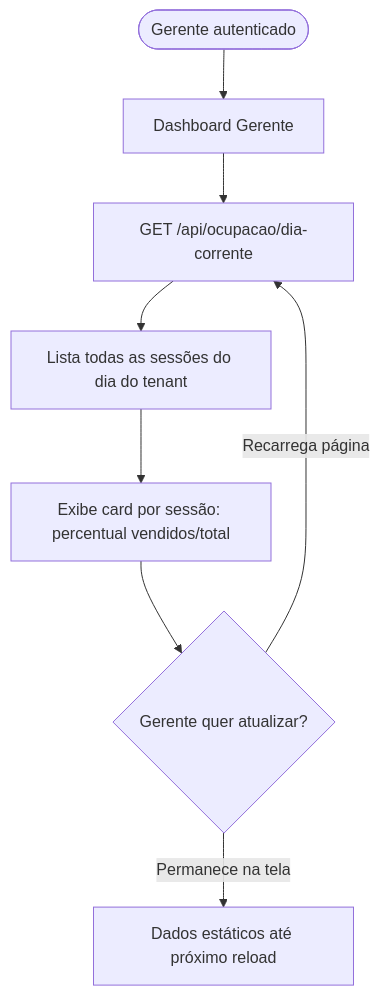
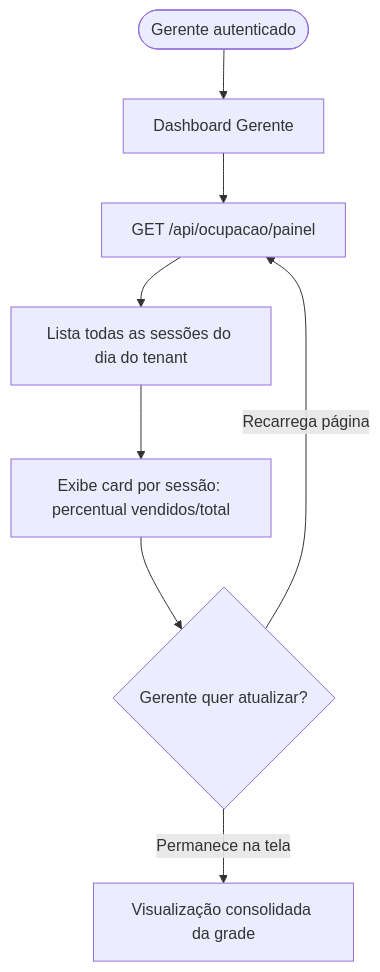
Before and after one commit to CINESOFT-SOLUTIONS/manual-processos-software: the fifth of 11 diagrams in specs/architecture/ux-design.md, drawn with Mermaid. The commit also changed other lines of this file and 16 other files, not shown here.

````diff
--- a/specs/architecture/ux-design.md
+++ b/specs/architecture/ux-design.md
@@ -101,10 +101,10 @@
 ```mermaid
 flowchart TD
     A([Gerente autenticado]) --> B[Dashboard Gerente]
-    B --> C[GET /api/ocupacao/dia-corrente]
+    B --> C[GET /api/ocupacao/painel]
     C --> D[Lista todas as sessões do dia do tenant]
     D --> E[Exibe card por sessão: percentual vendidos/total]
     E --> F{Gerente quer atualizar?}
     F -- Recarrega página --> C
-    F -- Permanece na tela --> G[Dados estáticos até próximo reload]
+    F -- Permanece na tela --> G[Visualização consolidada da grade]
 ```
````
